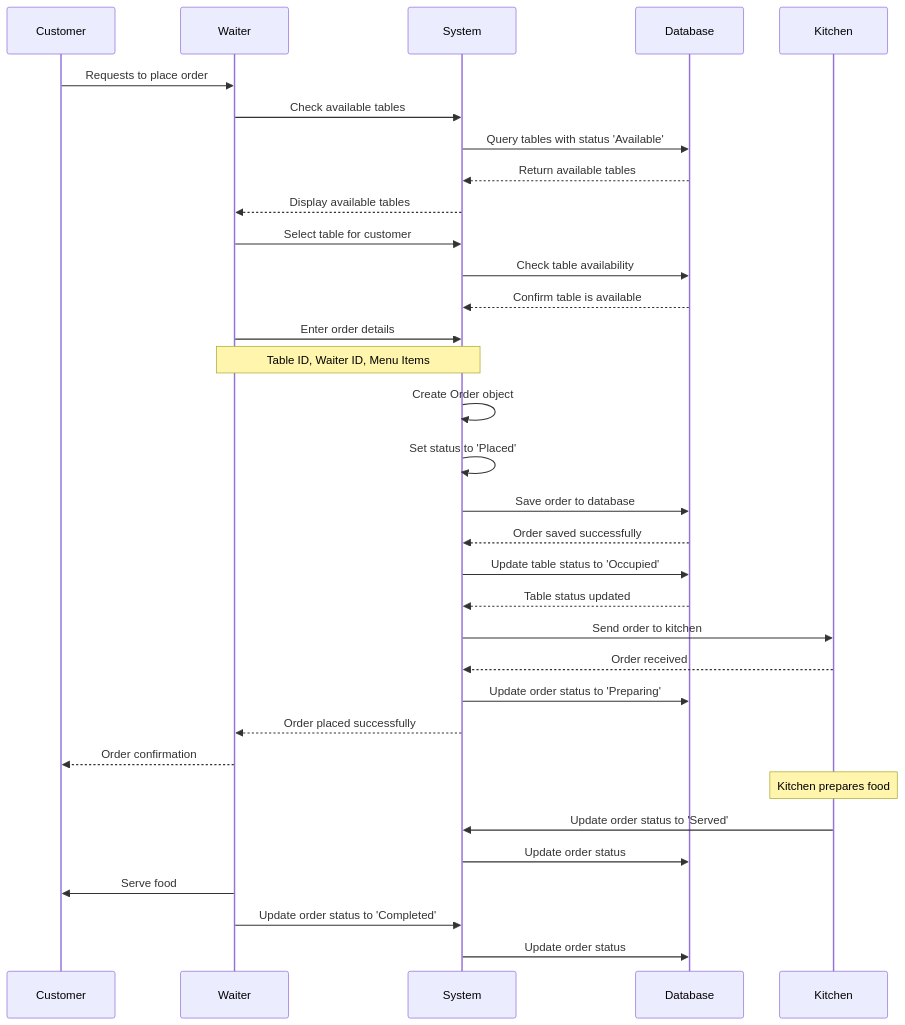
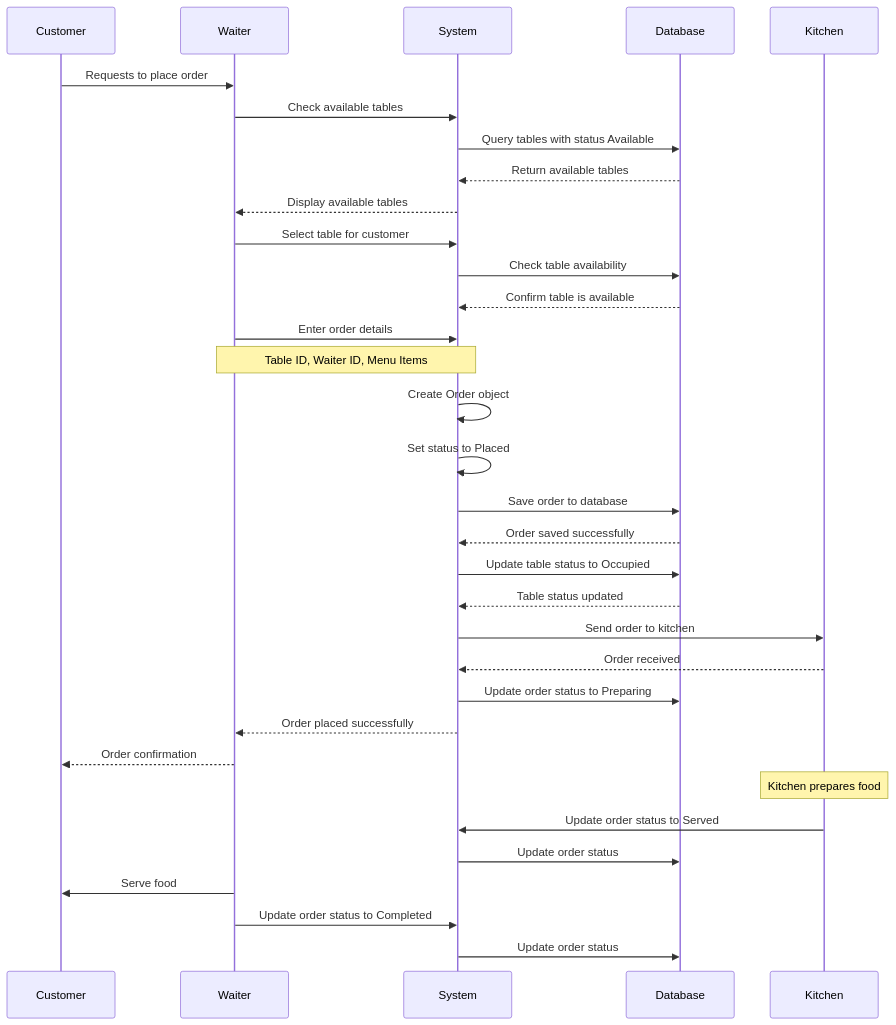
One commit to Shourya-Garg/Restaurant-management-using-jdbc changed the fourth of 9 diagrams in README.md. Above: the diagram before and after it, drawn with Mermaid. The commit also changed other lines of this file, not shown here.

Commit message:
updated diagrams

````diff
--- a/README.md
+++ b/README.md
@@ -766,44 +726,44 @@
 ```mermaid
 sequenceDiagram
     participant C as Customer
     participant W as Waiter
     participant S as System
     participant DB as Database
     participant K as Kitchen
     
     C->>W: Requests to place order
     W->>S: Check available tables
-    S->>DB: Query tables with status 'Available'
+    S->>DB: Query tables with status Available
     DB-->>S: Return available tables
     S-->>W: Display available tables
     
     W->>S: Select table for customer
     S->>DB: Check table availability
     DB-->>S: Confirm table is available
     
     W->>S: Enter order details
     Note over W,S: Table ID, Waiter ID, Menu Items
     
     S->>S: Create Order object
-    S->>S: Set status to 'Placed'
+    S->>S: Set status to Placed
     S->>DB: Save order to database
     DB-->>S: Order saved successfully
     
-    S->>DB: Update table status to 'Occupied'
+    S->>DB: Update table status to Occupied
     DB-->>S: Table status updated
     
     S->>K: Send order to kitchen
     K-->>S: Order received
-    S->>DB: Update order status to 'Preparing'
+    S->>DB: Update order status to Preparing
     
     S-->>W: Order placed successfully
     W-->>C: Order confirmation
     
     Note over K: Kitchen prepares food
-    K->>S: Update order status to 'Served'
+    K->>S: Update order status to Served
     S->>DB: Update order status
     
     W->>C: Serve food
-    W->>S: Update order status to 'Completed'
+    W->>S: Update order status to Completed
     S->>DB: Update order status
 ```
````
